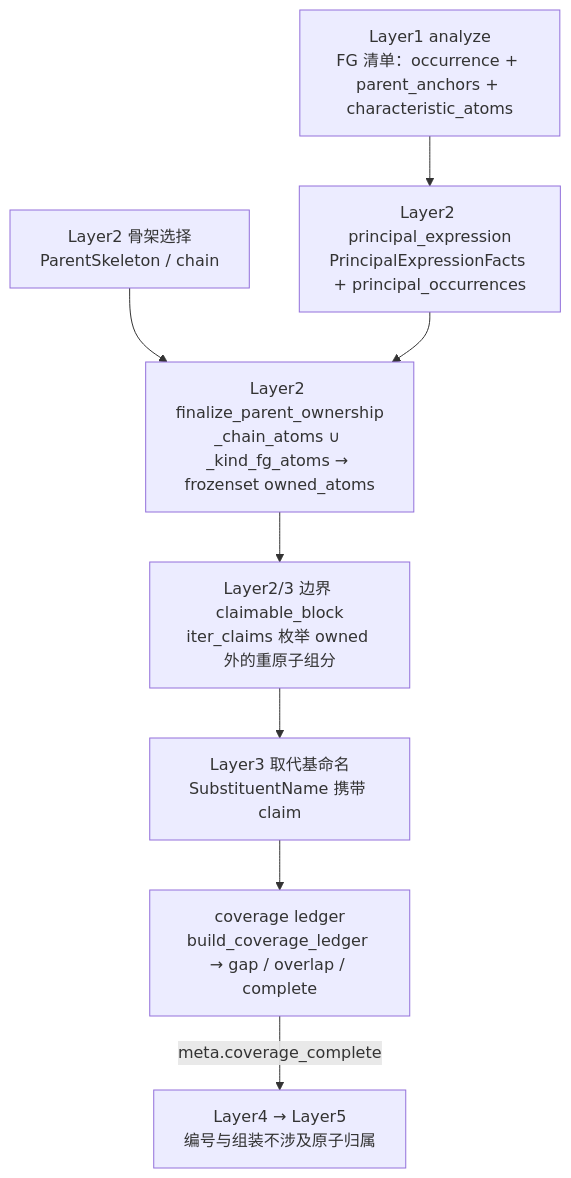
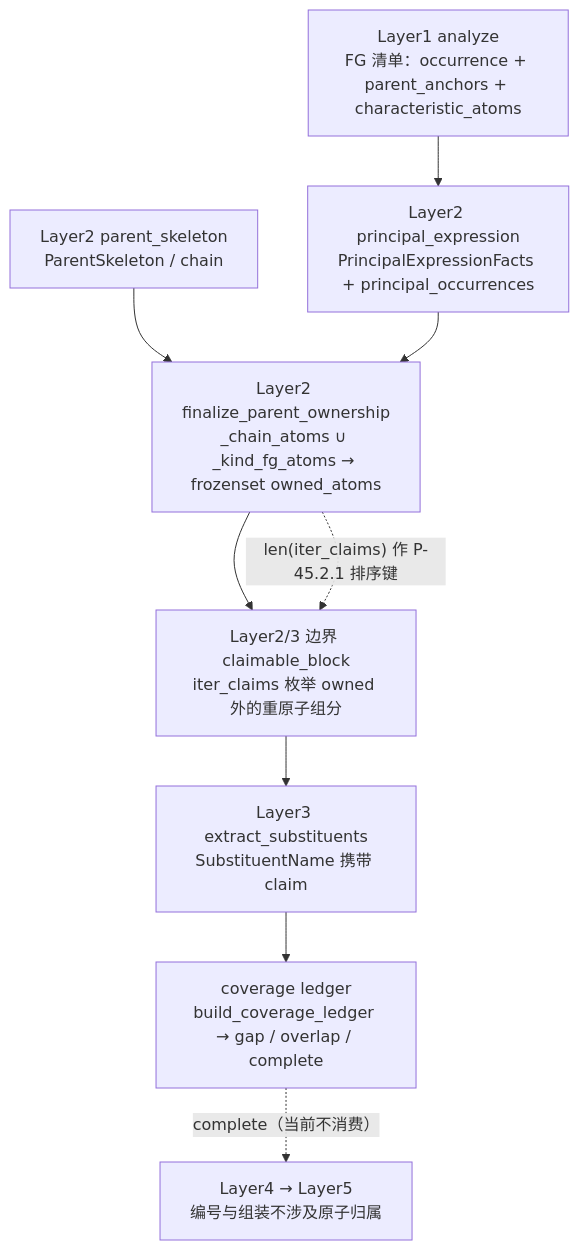
One commit to zouxiaofei1/OpenSMILES changed the second of 2 diagrams in docs/wiki/concepts/atom-ownership.md. Above: the diagram before and after it, drawn with Mermaid. The commit also changed other lines of this file and 20 other files, not shown here.

````diff
--- a/docs/wiki/concepts/atom-ownership.md
+++ b/docs/wiki/concepts/atom-ownership.md
@@ -304,16 +320,17 @@
 ```mermaid
 flowchart TD
     A["Layer1 analyze<br/>FG 清单：occurrence + parent_anchors + characteristic_atoms"]
-    B["Layer2 骨架选择<br/>ParentSkeleton / chain"]
+    B["Layer2 parent_skeleton<br/>ParentSkeleton / chain"]
     C["Layer2 principal_expression<br/>PrincipalExpressionFacts + principal_occurrences"]
     D["Layer2 finalize_parent_ownership<br/>_chain_atoms ∪ _kind_fg_atoms → frozenset owned_atoms"]
     E["Layer2/3 边界 claimable_block<br/>iter_claims 枚举 owned 外的重原子组分"]
-    F["Layer3 取代基命名<br/>SubstituentName 携带 claim"]
+    F["Layer3 extract_substituents<br/>SubstituentName 携带 claim"]
     G["coverage ledger<br/>build_coverage_ledger → gap / overlap / complete"]
     H["Layer4 → Layer5<br/>编号与组装不涉及原子归属"]
     A --> C
     B --> D
     C --> D
     D --> E --> F --> G
-    G -- "meta.coverage_complete" --> H
+    D -. "len(iter_claims) 作 P-45.2.1 排序键" .-> E
+    G -. "complete（当前不消费）" .-> H
 ```
````
